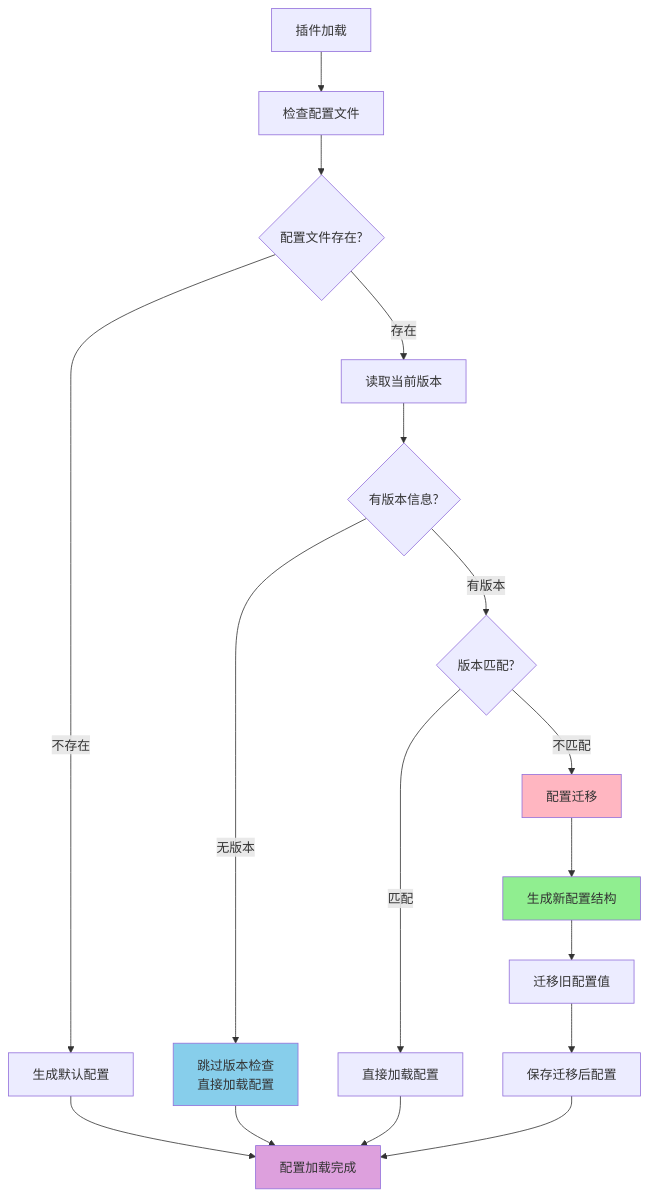
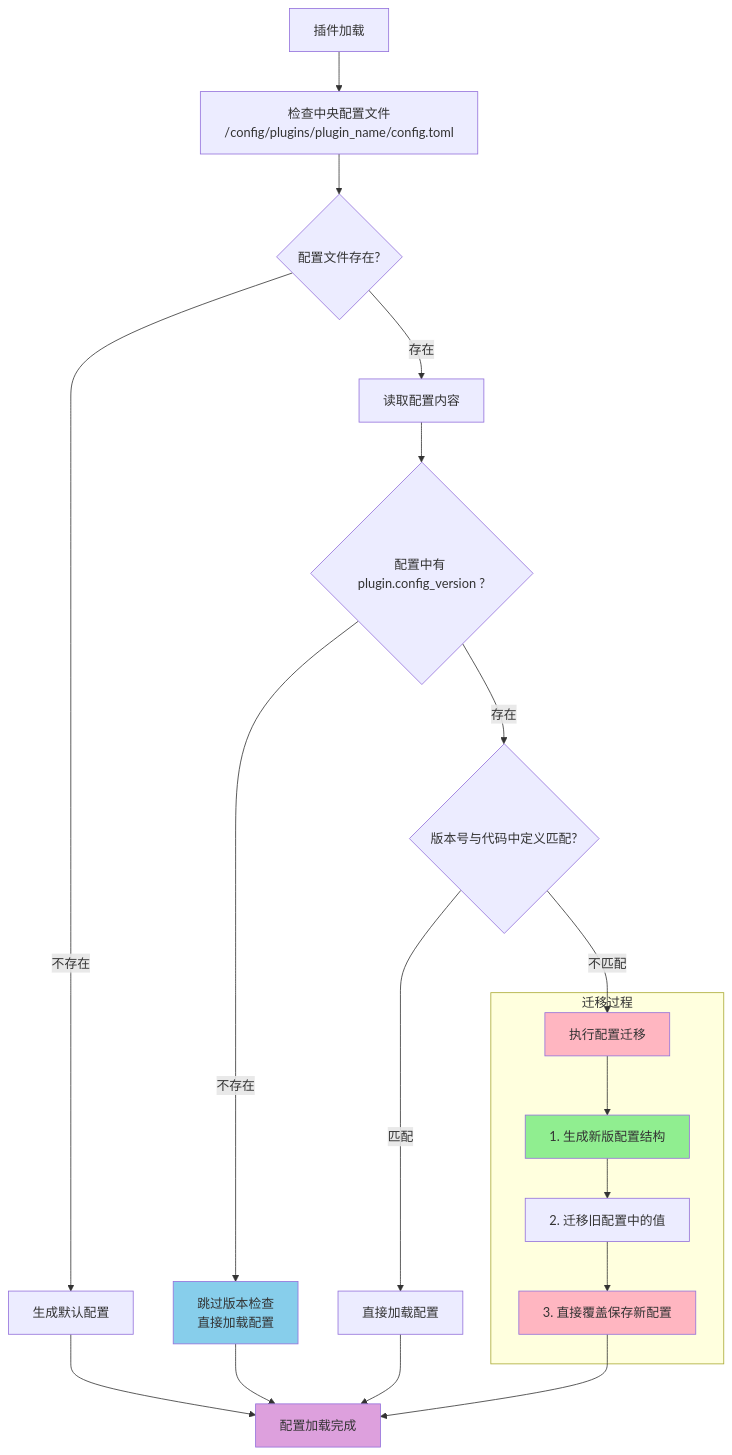
One commit to sunbiz1024/MoFox-Bot-Docs changed the diagram in docs/plugins/configuration-guide.md. Above: the diagram before and after it, drawn with Mermaid. The commit also changed other lines of this file and 1 other file, not shown here.

First line of the commit message:
docs(plugins): 优化配置指南和版本管理文档

````diff
--- a/docs/plugins/configuration-guide.md
+++ b/docs/plugins/configuration-guide.md
@@ -17,24 +20,32 @@
 ```mermaid
 graph TD
-    A[插件加载] --> B[检查配置文件]
+    A[插件加载] --> B[检查中央配置文件<br/>/config/plugins/plugin_name/config.toml]
     B --> C{配置文件存在?}
     C -->|不存在| D[生成默认配置]
-    C -->|存在| E[读取当前版本]
-    E --> F{有版本信息?}
-    F -->|无版本| G[跳过版本检查<br/>直接加载配置]
-    F -->|有版本| H{版本匹配?}
+    C -->|存在| E[读取配置内容]
+    E --> F{配置中有 plugin.config_version ?}
+    F -->|不存在| G[跳过版本检查<br/>直接加载配置]
+    F -->|存在| H{版本号与代码中定义匹配?}
     H -->|匹配| I[直接加载配置]
-    H -->|不匹配| J[配置迁移]
-    J --> K[生成新配置结构]
-    K --> L[迁移旧配置值]
-    L --> M[保存迁移后配置]
+    H -->|不匹配| J[执行配置迁移]
+    J --> K[1. 生成新版配置结构]
+    K --> L[2. 迁移旧配置中的值]
+    L --> M[3. 直接覆盖保存新配置]
     M --> N[配置加载完成]
     D --> N
     G --> N
     I --> N
     
+    subgraph "迁移过程"
+        J
+        K
+        L
+        M
+    end
+
     style J fill:#FFB6C1
+    style M fill:#FFB6C1
     style K fill:#90EE90
     style G fill:#87CEEB
     style N fill:#DDA0DD
 ```
````
